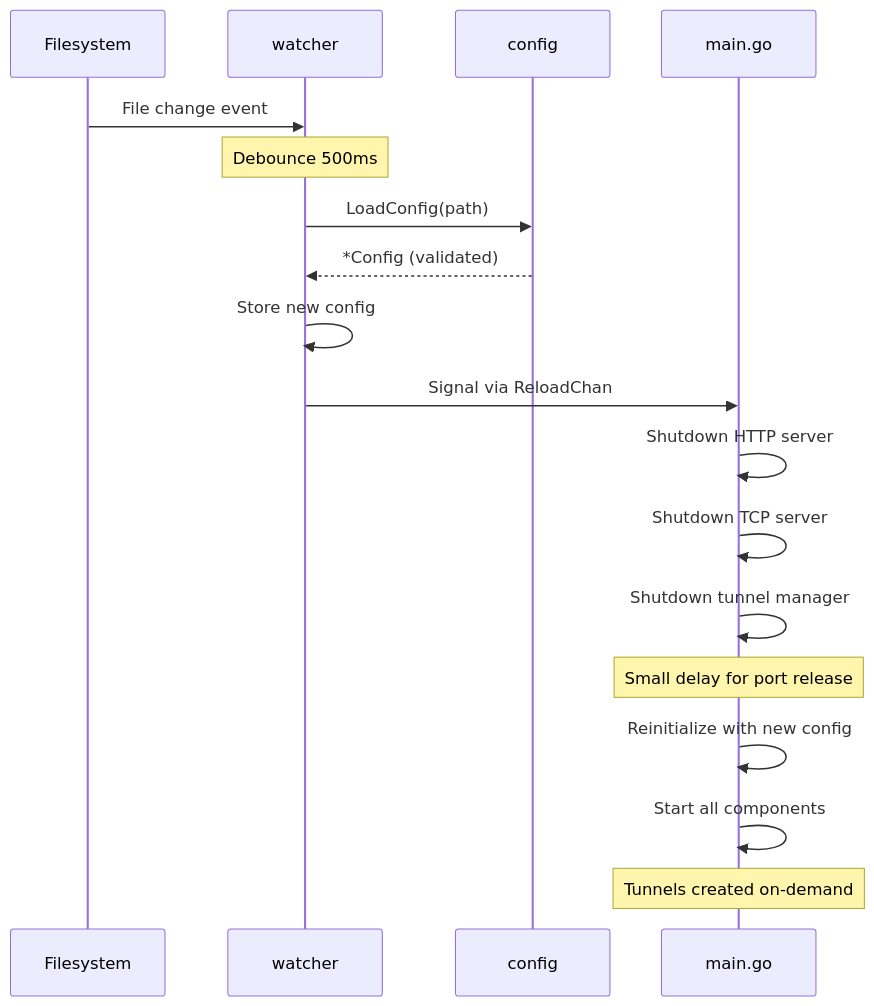
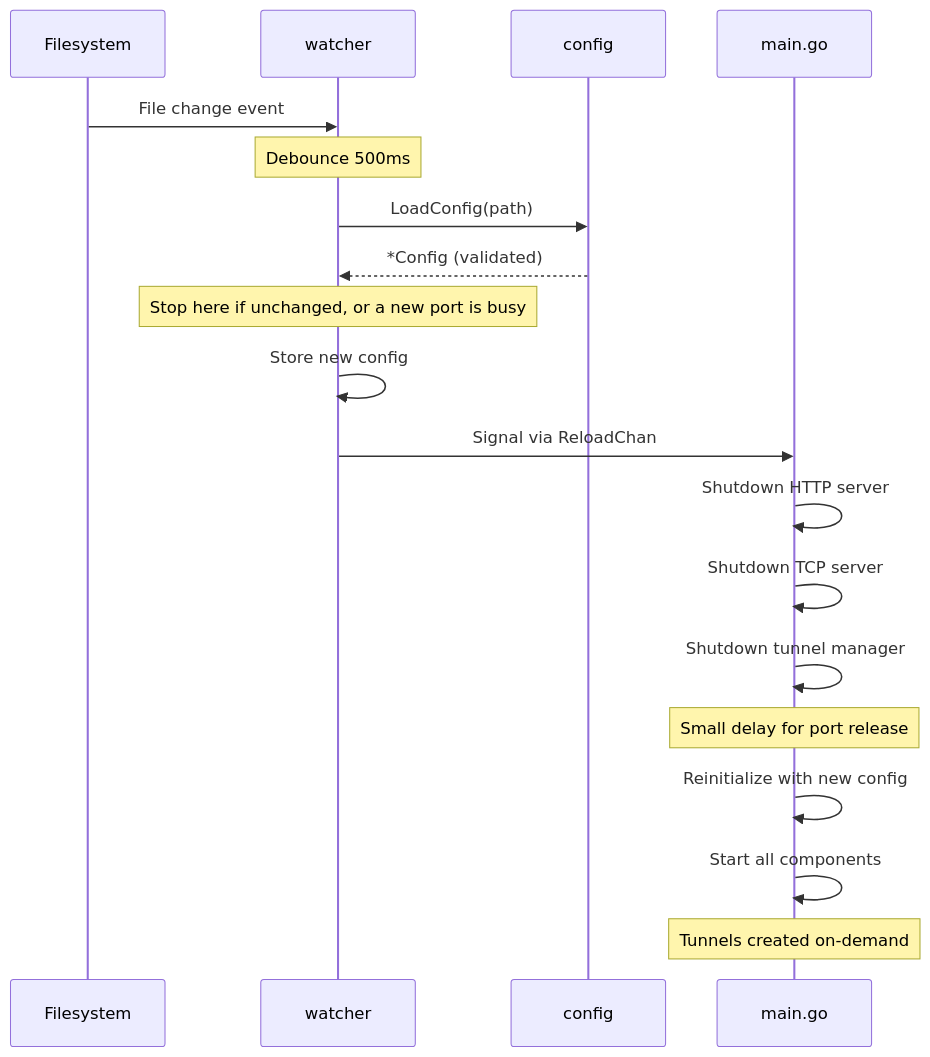
The fourth of 11 diagrams in internal/README.md (atas/autotunnel), drawn with Mermaid before and after one commit. The commit also changed other lines of this file and 13 other files, not shown here.

````diff
--- a/internal/README.md
+++ b/internal/README.md
@@ -127,25 +130,27 @@
 ```mermaid
 sequenceDiagram
     participant fs as Filesystem
     participant watch as watcher
     participant cfg as config
     participant main as main.go
 
     fs->>watch: File change event
     Note over watch: Debounce 500ms
 
     watch->>cfg: LoadConfig(path)
     cfg-->>watch: *Config (validated)
 
+    Note over watch: Stop here if unchanged, or a new port is busy
+
     watch->>watch: Store new config
     watch->>main: Signal via ReloadChan
 
     main->>main: Shutdown HTTP server
     main->>main: Shutdown TCP server
     main->>main: Shutdown tunnel manager
     Note over main: Small delay for port release
 
     main->>main: Reinitialize with new config
     main->>main: Start all components
     Note over main: Tunnels created on-demand
 ```
````
